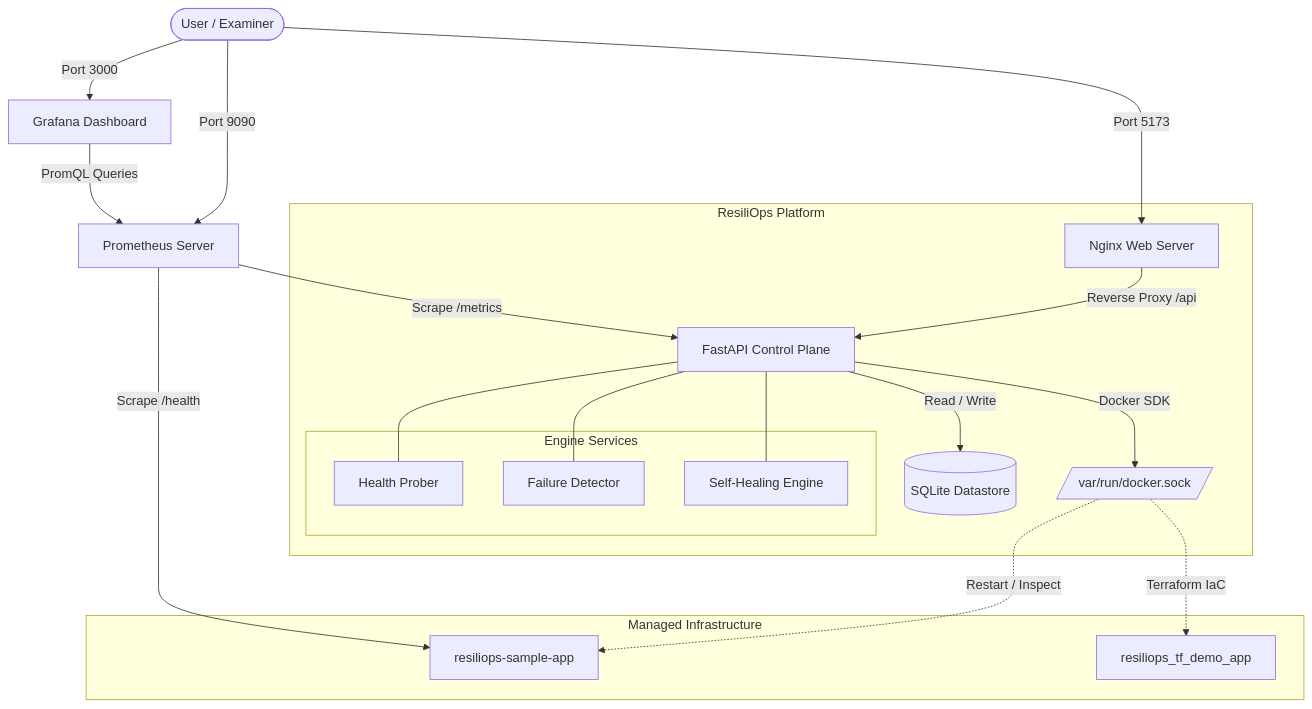
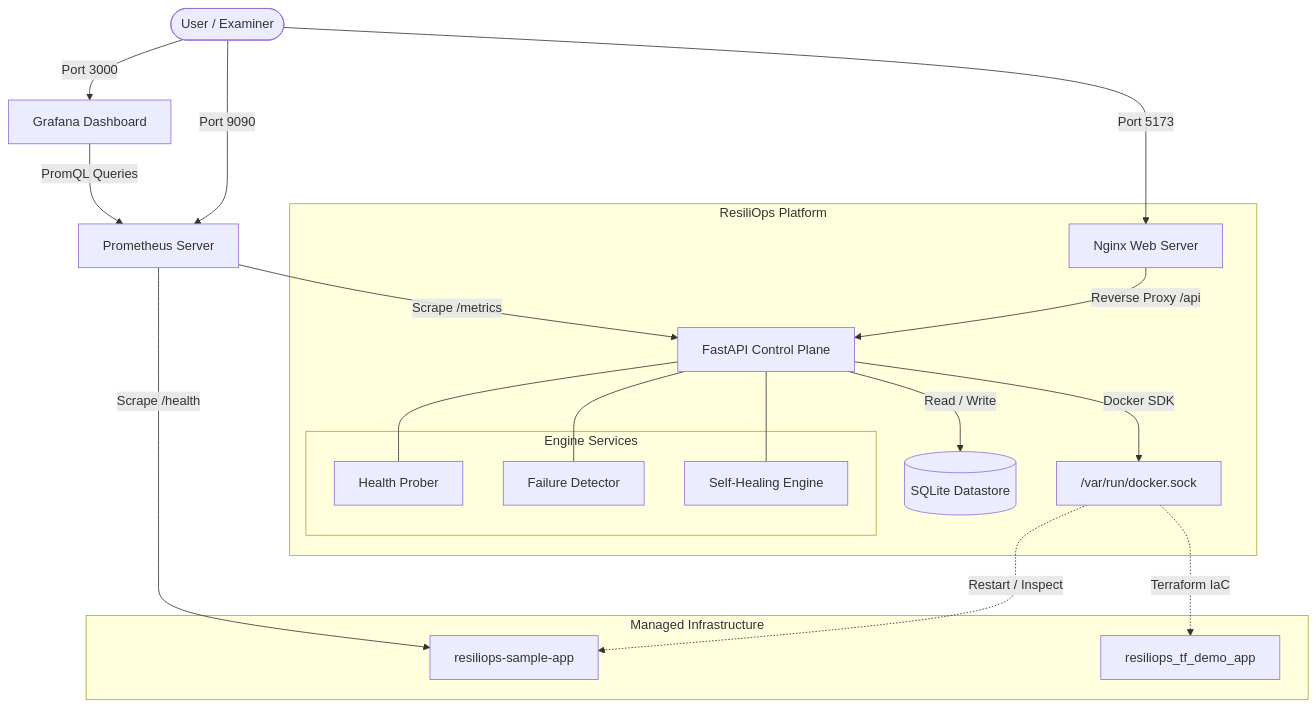
One commit to vanshikaMudgal/ResiliOps changed the first of 3 diagrams in docs/PROJECT_REPORT.md. Above: the diagram before and after it, drawn with Mermaid. The commit also changed 8 other files, not shown here.

Commit message:
fix(docs): resolve mermaid subgraph syntax error in architecture diagrams

````diff
--- a/docs/PROJECT_REPORT.md
+++ b/docs/PROJECT_REPORT.md
@@ -173,31 +173,31 @@
 ```mermaid
 flowchart TD
     User([User / Examiner]) -->|Port 5173| NGINX[Nginx Web Server]
     User -->|Port 3000| GRAFANA[Grafana Dashboard]
     User -->|Port 9090| PROM[Prometheus Server]
 
-    subgraph ResiliOps Platform
+    subgraph ResiliOps_Platform ["ResiliOps Platform"]
         NGINX -->|Reverse Proxy /api| FASTAPI[FastAPI Control Plane]
         FASTAPI -->|Read / Write| SQLITE[(SQLite Datastore)]
-        FASTAPI -->|Docker SDK| SOCK[/var/run/docker.sock/]
+        FASTAPI -->|Docker SDK| SOCK["/var/run/docker.sock"]
         
-        subgraph Engine Services
+        subgraph Engine_Services ["Engine Services"]
             MONITOR[Health Prober]
             DETECTOR[Failure Detector]
             HEALER[Self-Healing Engine]
         end
 
         FASTAPI --- MONITOR
         FASTAPI --- DETECTOR
         FASTAPI --- HEALER
     end
 
-    subgraph Managed Infrastructure
+    subgraph Managed_Infrastructure ["Managed Infrastructure"]
         SOCK -.->|Restart / Inspect| DOCKER_CONTAINER[resiliops-sample-app]
         SOCK -.->|Terraform IaC| TF_CONTAINER[resiliops_tf_demo_app]
     end
 
     PROM -->|Scrape /metrics| FASTAPI
     PROM -->|Scrape /health| DOCKER_CONTAINER
     GRAFANA -->|PromQL Queries| PROM
 ```
````
